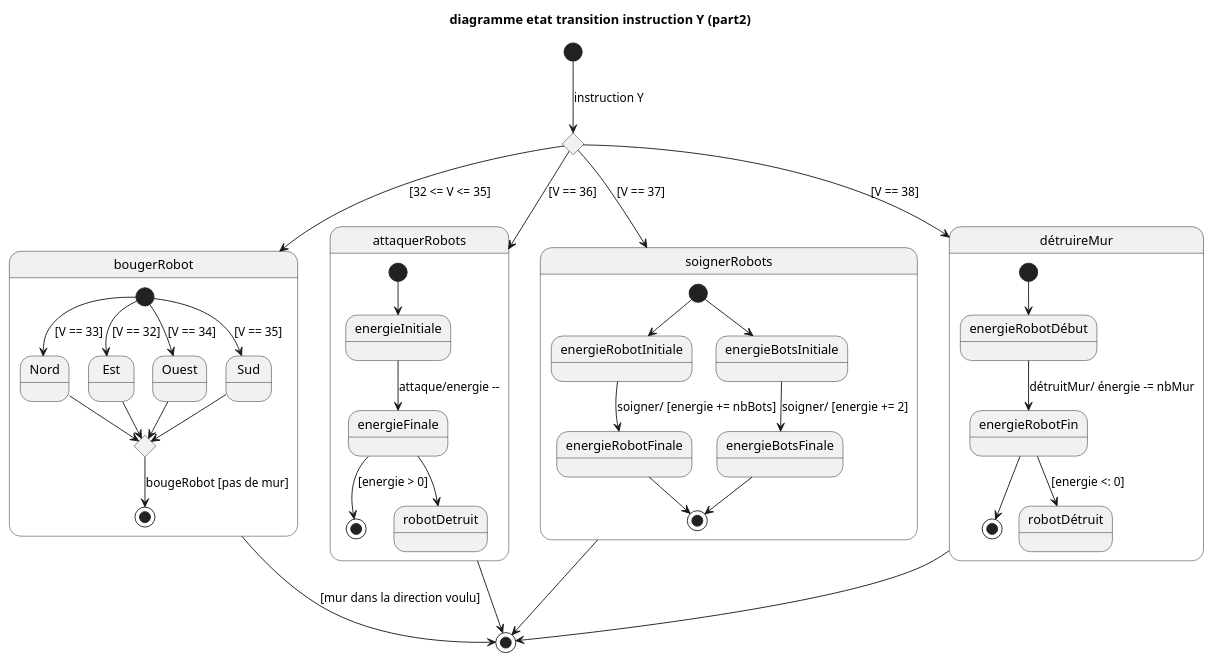
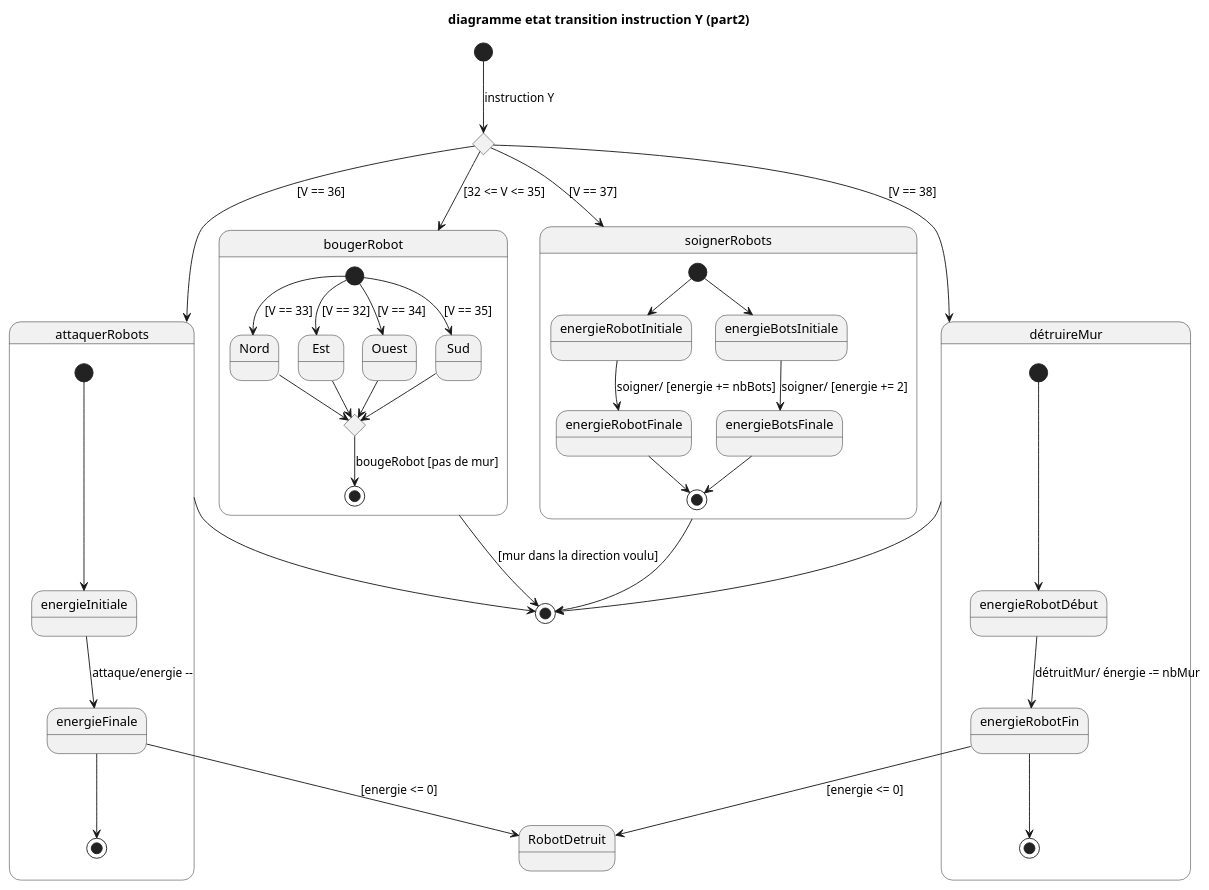
Before and after one commit to AlphaBooy/Mars-Robot: the seventh of 9 diagrams in files/uml/uml.wsd, drawn with PlantUML. The commit also changed other lines of this file and 17 other files, not shown here.

Commit message:
♻️ update diagrammes and add compteRendu

```diff
--- a/files/uml/uml.wsd
+++ b/files/uml/uml.wsd
@@ -243,48 +267,48 @@
 @startuml
 title diagramme etat transition instruction Y (part2)
 state c <<choice>>
+state RobotDetruit
 [*] --> c : instruction Y
 c --> bougerRobot : [32 <= V <= 35]
 state bougerRobot {
 [*] --> Nord : [V == 33]
 [*] --> Est : [V == 32]
 [*] --> Ouest : [V == 34]
 [*] --> Sud : [V == 35]
 state d <<choice>>
 Nord --> d 
 Est --> d
 Ouest --> d
 Sud --> d 
 d --> [*] : bougeRobot [pas de mur]
 }
 bougerRobot --> [*] : [mur dans la direction voulu]
 
 c --> attaquerRobots : [V == 36]
 state attaquerRobots {
     [*] --> energieInitiale
     energieInitiale --> energieFinale : attaque/energie --
-    energieFinale  --> [*] : [energie > 0]
-    energieFinale --> robotDetruit 
+    energieFinale  --> [*]
+    energieFinale --> RobotDetruit : [energie <= 0]
 }
 attaquerRobots --> [*]
-
 c --> soignerRobots : [V == 37]
 state soignerRobots {
     [*] --> energieRobotInitiale
     [*] --> energieBotsInitiale
     energieRobotInitiale --> energieRobotFinale : soigner/ [energie += nbBots]
     energieBotsInitiale --> energieBotsFinale : soigner/ [energie += 2]
     energieBotsFinale --> [*]
     energieRobotFinale --> [*]
 }
 soignerRobots --> [*]
 
 c --> détruireMur : [V == 38]
 state détruireMur {
     [*] --> energieRobotDébut
     energieRobotDébut --> energieRobotFin : détruitMur/ énergie -= nbMur
     energieRobotFin --> [*]
-    energieRobotFin --> robotDétruit : [energie <: 0]
+    energieRobotFin --> RobotDetruit : [energie <= 0]
 }
 détruireMur --> [*]
 @enduml
```
